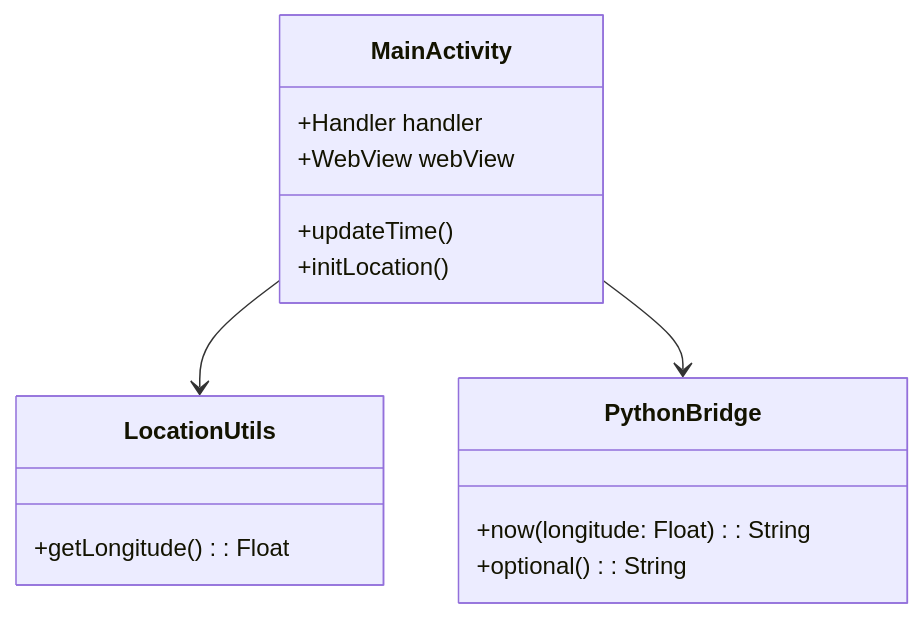
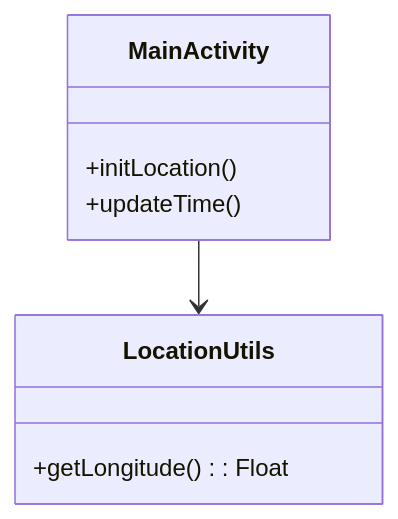
Before and after one commit to amogorkon/C-Tune-Clock: the fifth of 6 diagrams in docs/spec.md, drawn with Mermaid. The commit also changed other lines of this file, not shown here.

````diff
--- a/docs/spec.md
+++ b/docs/spec.md
@@ -126,18 +102,11 @@
 ```mermaid
 classDiagram
-    class MainActivity {
-        +Handler handler
-        +WebView webView
-        +updateTime()
-        +initLocation()
-    }
-    class LocationUtils {
-        +getLongitude(): Float
-    }
-    class PythonBridge {
-        +now(longitude: Float): String
-        +optional(): String
-    }
-    MainActivity --> LocationUtils
-    MainActivity --> PythonBridge
+  class MainActivity {
+    +initLocation()
+    +updateTime()
+  }
+  class LocationUtils {
+    +getLongitude(): Float
+  }
+  MainActivity --> LocationUtils
 ```
````
